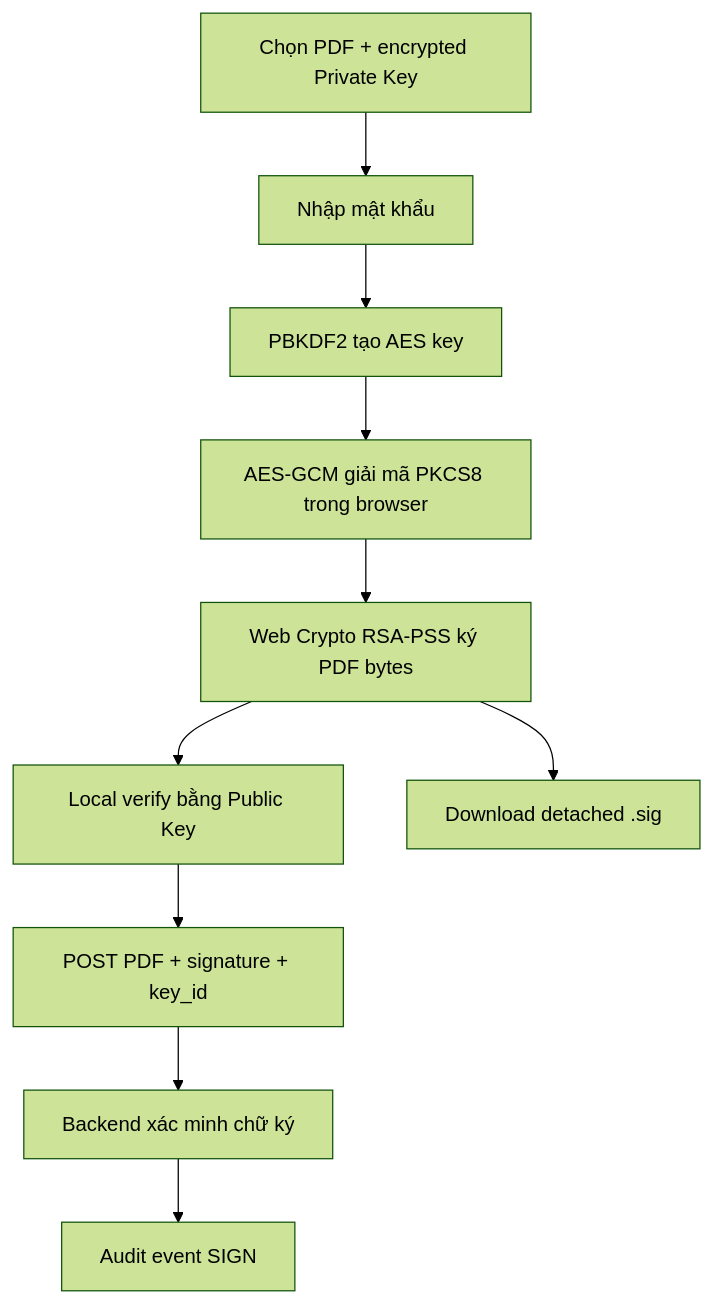
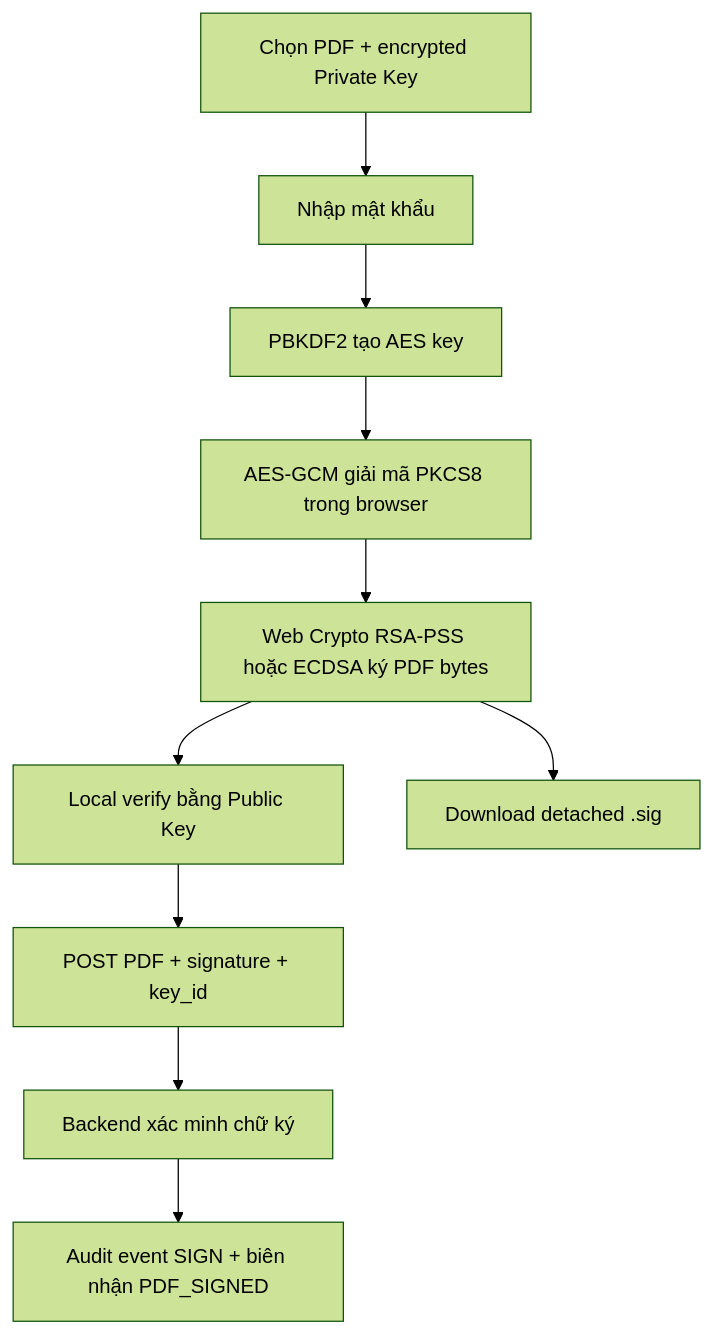
The fourth of 4 diagrams in docs/ARCHITECTURE.md (thanhtu-nguyen/PDF-Digital-Signature), drawn with Mermaid (forest theme) before and after one commit. The commit also changed other lines of this file and 32 other files, not shown here.

````diff
--- a/docs/ARCHITECTURE.md
+++ b/docs/ARCHITECTURE.md
@@ -139,12 +141,12 @@
 ```mermaid
 flowchart TD
     A[Chọn PDF + encrypted Private Key] --> B[Nhập mật khẩu]
     B --> C[PBKDF2 tạo AES key]
     C --> D[AES-GCM giải mã PKCS8 trong browser]
-    D --> E[Web Crypto RSA-PSS ký PDF bytes]
+    D --> E[Web Crypto RSA-PSS hoặc ECDSA ký PDF bytes]
     E --> F[Local verify bằng Public Key]
     F --> G[POST PDF + signature + key_id]
     G --> H[Backend xác minh chữ ký]
-    H --> I[Audit event SIGN]
+    H --> I[Audit event SIGN + biên nhận PDF_SIGNED]
     E --> J[Download detached .sig]
 ```
````
